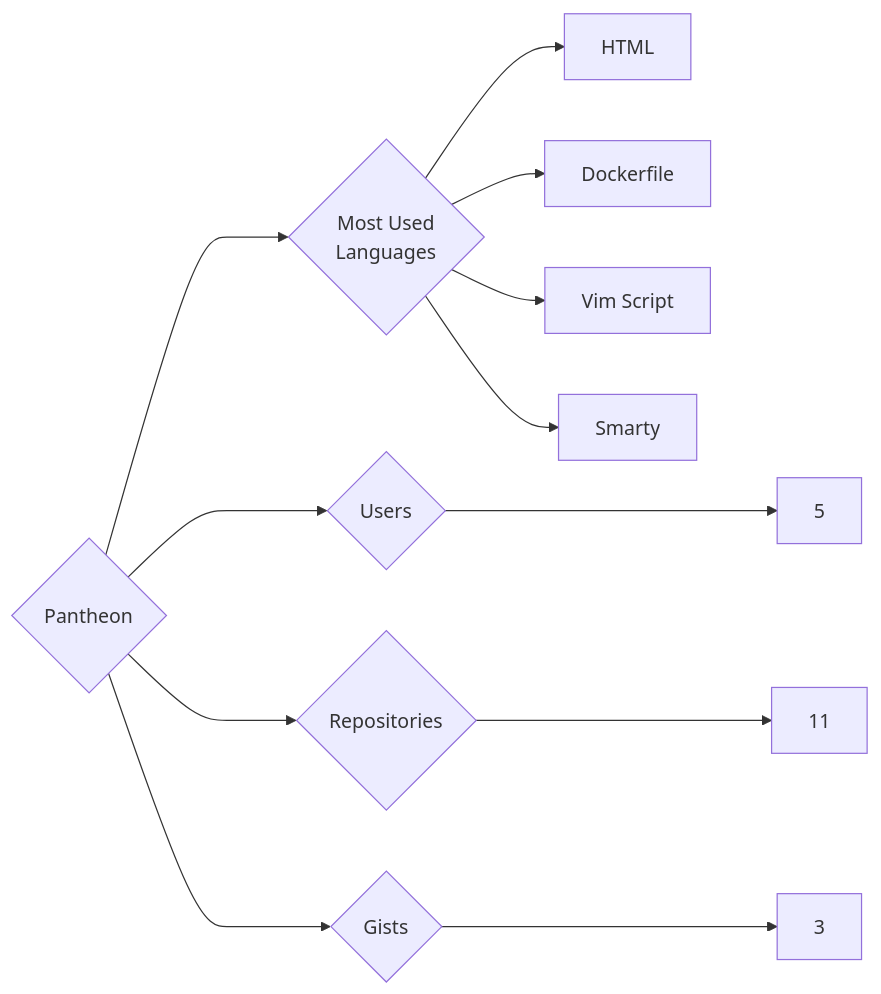
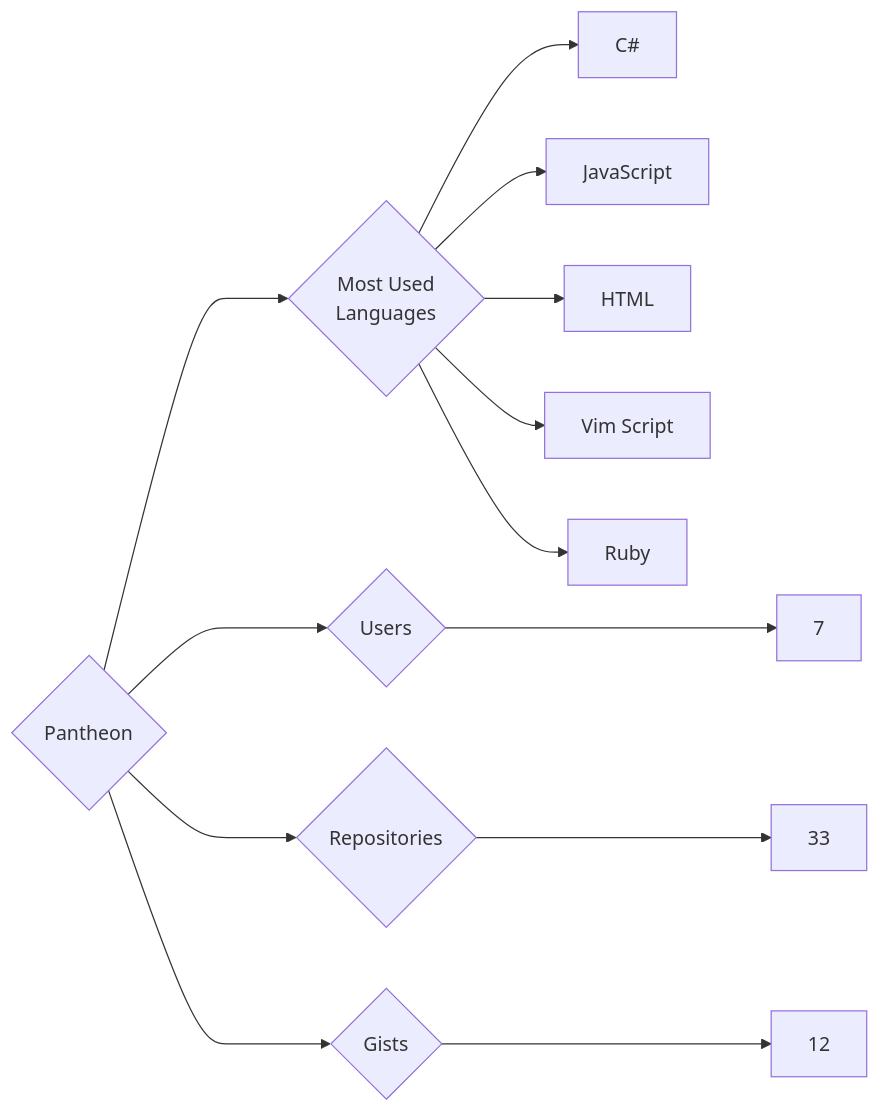
Before and after one commit to trickest/insiders: the diagram in targets/Pantheon/README.md, drawn with Mermaid. The commit also changed 787 other files, not shown here.

````diff
--- a/targets/Pantheon/README.md
+++ b/targets/Pantheon/README.md
@@ -3,12 +3,13 @@
 ```mermaid
 graph LR
 COMPANY_NAME{Pantheon}
-COMPANY_NAME ---> U{Users} ---> UN[5]
-COMPANY_NAME ---> R{Repositories} ---> RN[11]
-COMPANY_NAME ---> G{Gists} ---> GN[3]
+COMPANY_NAME ---> U{Users} ---> UN[7]
+COMPANY_NAME ---> R{Repositories} ---> RN[33]
+COMPANY_NAME ---> G{Gists} ---> GN[12]
 COMPANY_NAME ---> ML{Most Used<br>Languages}
+ML --> C#[C#]
+ML --> JavaScript[JavaScript]
 ML --> HTML[HTML]
-ML --> Dockerfile[Dockerfile]
 ML --> Vim_Script[Vim Script]
-ML --> Smarty[Smarty]
+ML --> Ruby[Ruby]
 ```
````
